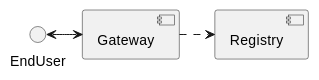
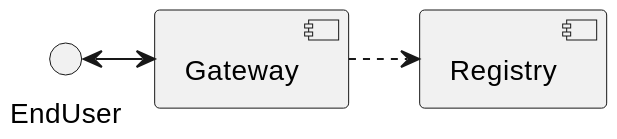
One commit to aviaviavi/talks changed the second of 4 diagrams in beyond-the-download-count/presentation.org. Above: the diagram before and after it, drawn with PlantUML. The commit also changed other lines of this file and 2 other files, not shown here.

```diff
--- a/beyond-the-download-count/presentation.org
+++ b/beyond-the-download-count/presentation.org
@@ -381,4 +383,5 @@
     #+begin_src plantuml :file gateway_desription.png
+    scale 2
     EndUser <-> [Gateway]
     [Gateway] .> [Registry]
     #+end_src
```
